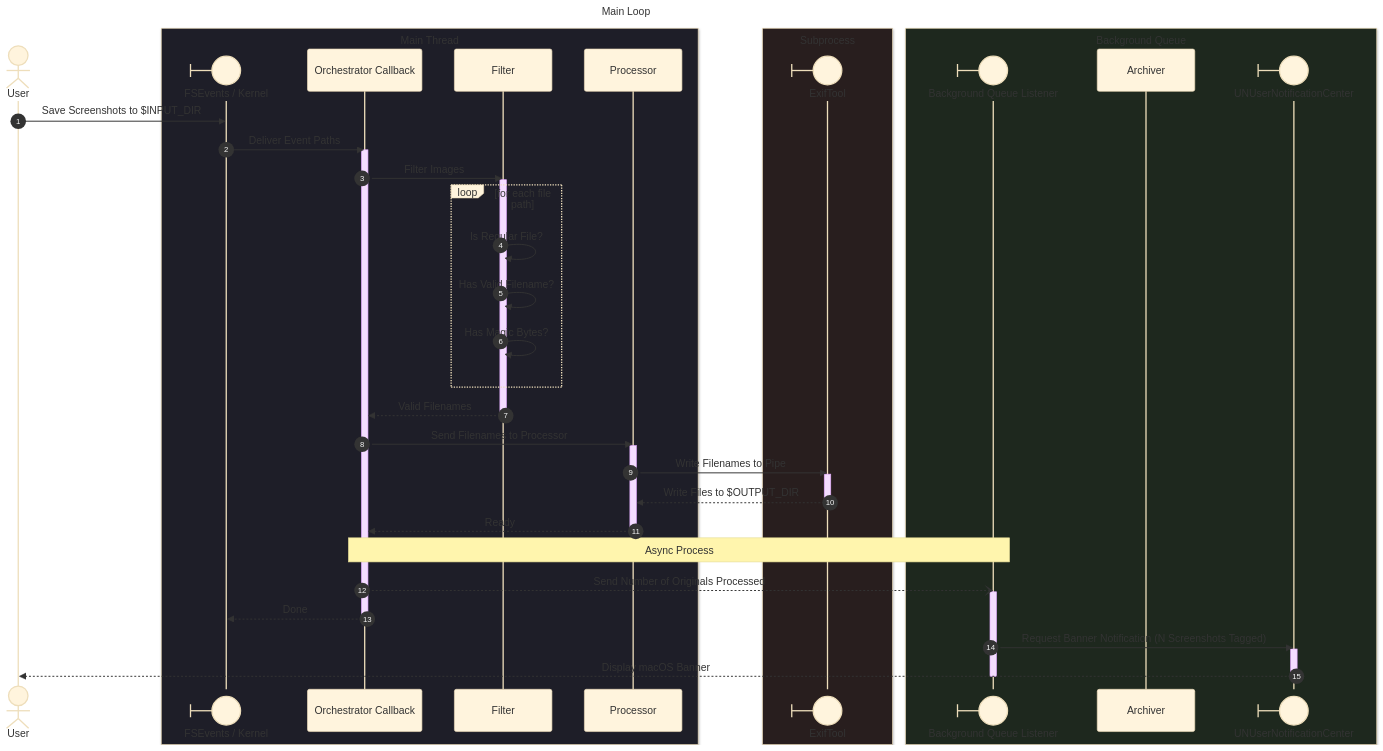
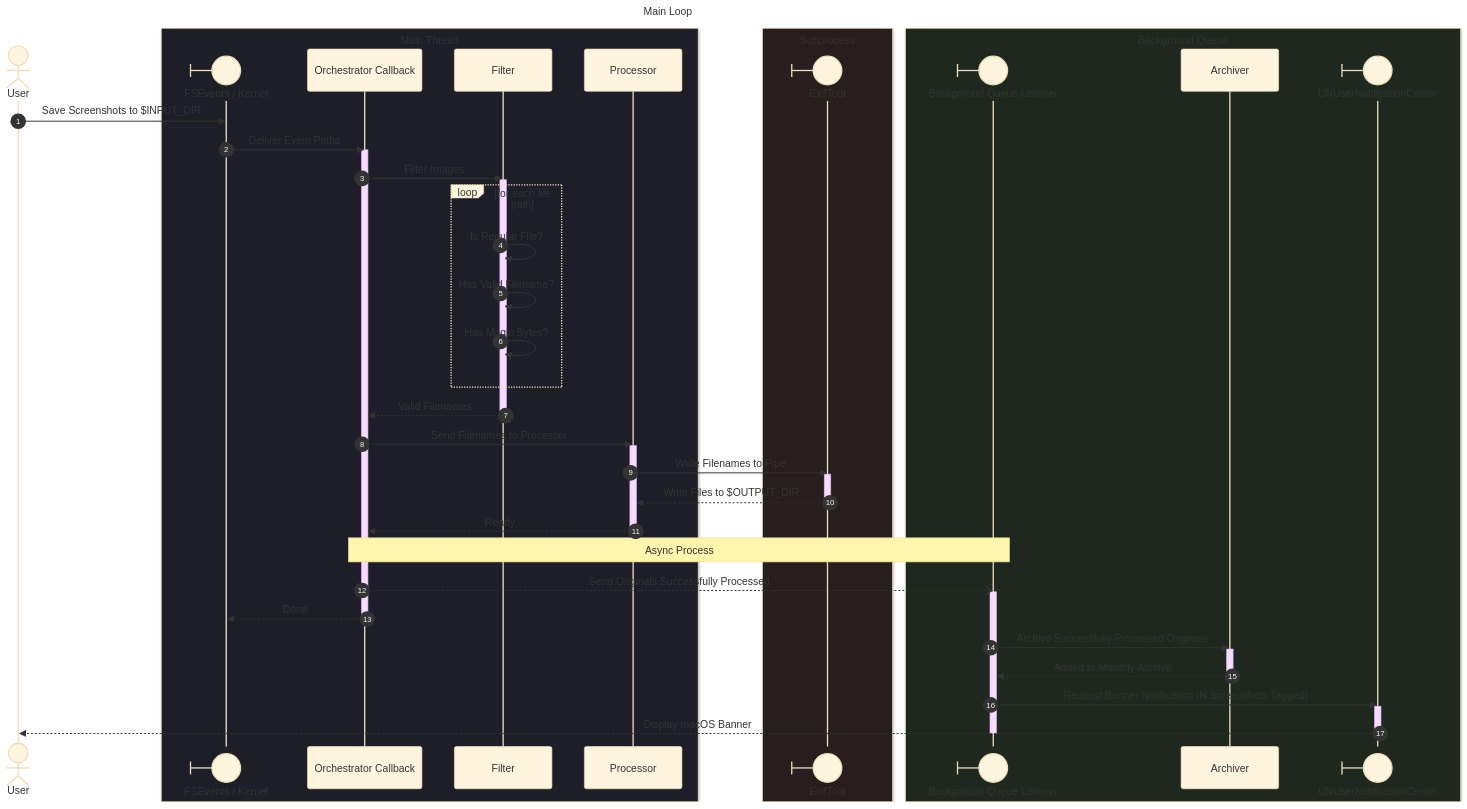
Before and after one commit to CharlesMC11/sst: the diagram in Documentation/sequence-diagram_main-loop.mmd, drawn with Mermaid (base theme). The commit also changed 3 other files, not shown here.

```diff
--- a/Documentation/sequence-diagram_main-loop.mmd
+++ b/Documentation/sequence-diagram_main-loop.mmd
@@ -1,61 +1,66 @@
 ---
 title: Main Loop
 ---
 sequenceDiagram
   autonumber
 
   actor User
 
   box rgb(30, 30, 40) Main Thread
     participant FS@{ type: boundary } as FSEvents / Kernel
     participant O as Orchestrator Callback
     participant F as Filter
     participant P as Processor
   end
 
   box rgb(40, 30, 30) Subprocess
     participant ET@{ type: boundary } as ExifTool
   end
 
   box rgb(30, 40, 30) Background Queue
     participant BG@{ type: boundary } as Background Queue Listener
     participant A as Archiver
     participant N@{ type: boundary } as UNUserNotificationCenter
   end
 
   User ->> FS : Save Screenshots to $INPUT_DIR
   FS ->> O : Deliver Event Paths
 
   activate O
     O ->> F : Filter Images
       activate F
         loop for each file path
           F ->> F : Is Regular File?
           F ->> F : Has Valid Filename?
           F ->> F : Has Magic Bytes?
         end
         F -->> O : Valid Filenames
       deactivate F
 
     O ->> P : Send Filenames to Processor
     activate P
       P ->> ET : Write Filenames to Pipe
       activate ET
         ET -->> P : Write Files to $OUTPUT_DIR
       deactivate ET
       P -->> O : Ready
     deactivate P
 
     Note over O,BG: Async Process
-    O --) BG : Send Number of Originals Processed
+    O --) BG : Send Originals Successfully Processed
     activate BG
       O -->> FS : Done
 
   deactivate O
+
+      BG ->> A : Archive Successfully Processed Originals
+      activate A
+        A -->> BG : Added to Monthly Archive
+      deactivate A
 
       BG ->> N : Request Banner Notification (N Screenshots Tagged)
 
       activate N
         N -->> User : Display macOS Banner
       deactivate N
     deactivate BG
```
